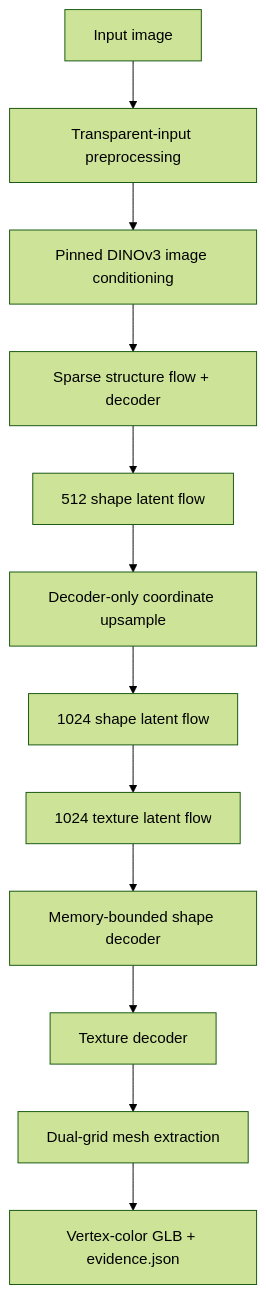
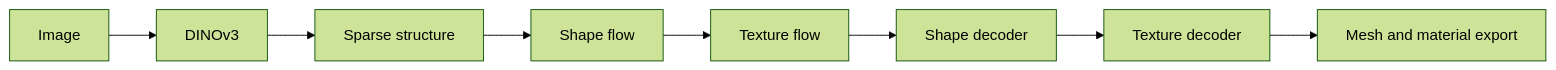
One commit to BedirT/KernelGoblin changed the first of 2 diagrams in docs/TRELLIS2_PORT.md. Above: the diagram before and after it, drawn with Mermaid (forest theme). The commit also changed other lines of this file and 50 other files, not shown here.

````diff
--- a/docs/TRELLIS2_PORT.md
+++ b/docs/TRELLIS2_PORT.md
@@ -38,14 +55,10 @@
 ```mermaid
-flowchart TD
-    I["Input image"] --> P["Transparent-input preprocessing"]
-    P --> D["Pinned DINOv3 image conditioning"]
-    D --> S["Sparse structure flow + decoder"]
-    S --> L["512 shape latent flow"]
-    L --> U["Decoder-only coordinate upsample"]
-    U --> H["1024 shape latent flow"]
-    H --> T["1024 texture latent flow"]
-    T --> SD["Memory-bounded shape decoder"]
+flowchart LR
+    I["Image"] --> D["DINOv3"]
+    D --> SS["Sparse structure"]
+    SS --> SF["Shape flow"]
+    SF --> TF["Texture flow"]
+    TF --> SD["Shape decoder"]
     SD --> TD["Texture decoder"]
-    TD --> M["Dual-grid mesh extraction"]
-    M --> G["Vertex-color GLB + evidence.json"]
+    TD --> G["Mesh and material export"]
 ```
````
